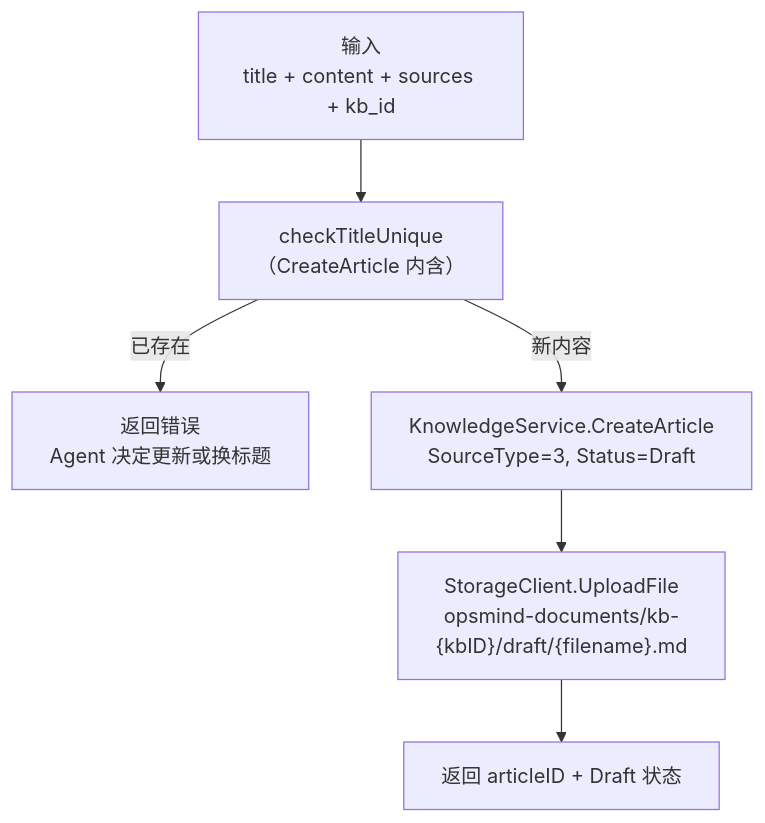
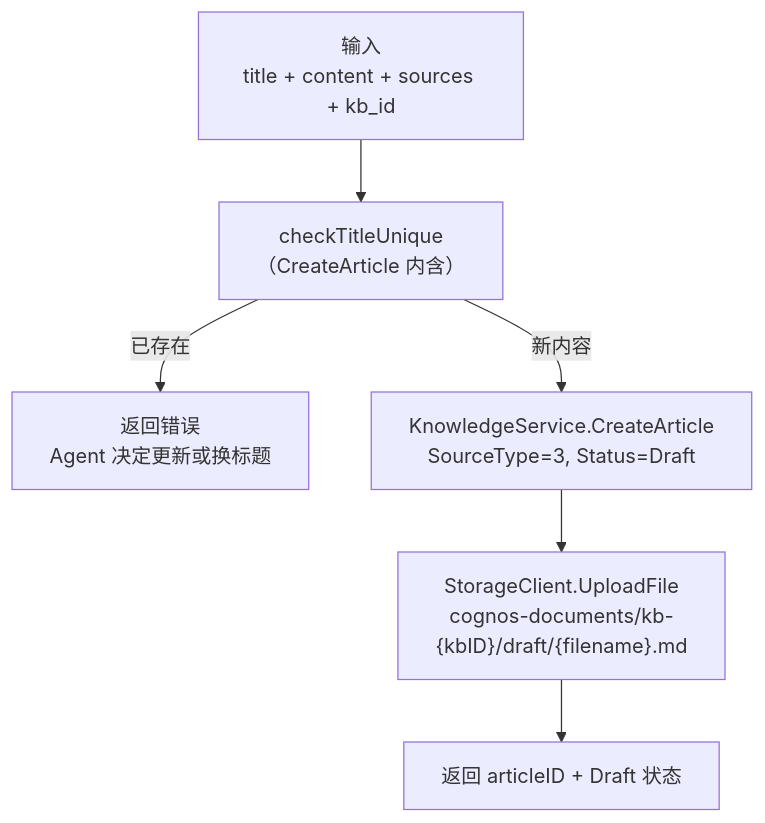
One commit to int2t05/Cognik changed the second of 2 diagrams in docs/v1.4/tech.md. Above: the diagram before and after it, drawn with Mermaid. The commit also changed other lines of this file and 176 other files, not shown here.

````diff
--- a/docs/v1.4/tech.md
+++ b/docs/v1.4/tech.md
@@ -291,8 +291,8 @@
 ```mermaid
 flowchart TD
     INPUT["输入<br/>title + content + sources + kb_id"] --> CHECK["checkTitleUnique<br/>（CreateArticle 内含）"]
     CHECK -->|"已存在"| ERR["返回错误<br/>Agent 决定更新或换标题"]
     CHECK -->|"新内容"| CREATE["KnowledgeService.CreateArticle<br/>SourceType=3, Status=Draft"]
-    CREATE --> STORE["StorageClient.UploadFile<br/>opsmind-documents/kb-{kbID}/draft/{filename}.md"]
+    CREATE --> STORE["StorageClient.UploadFile<br/>cognos-documents/kb-{kbID}/draft/{filename}.md"]
     STORE --> RETURN["返回 articleID + Draft 状态"]
 ```
````
